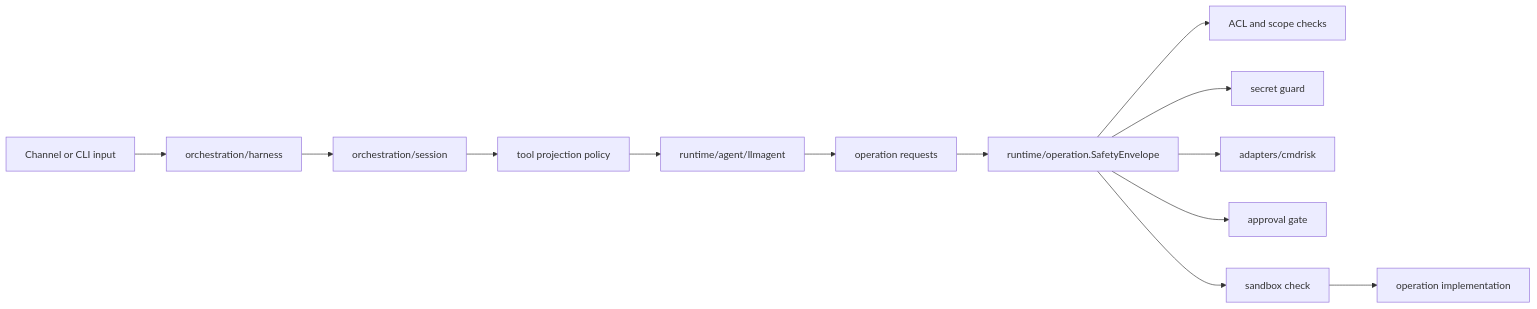
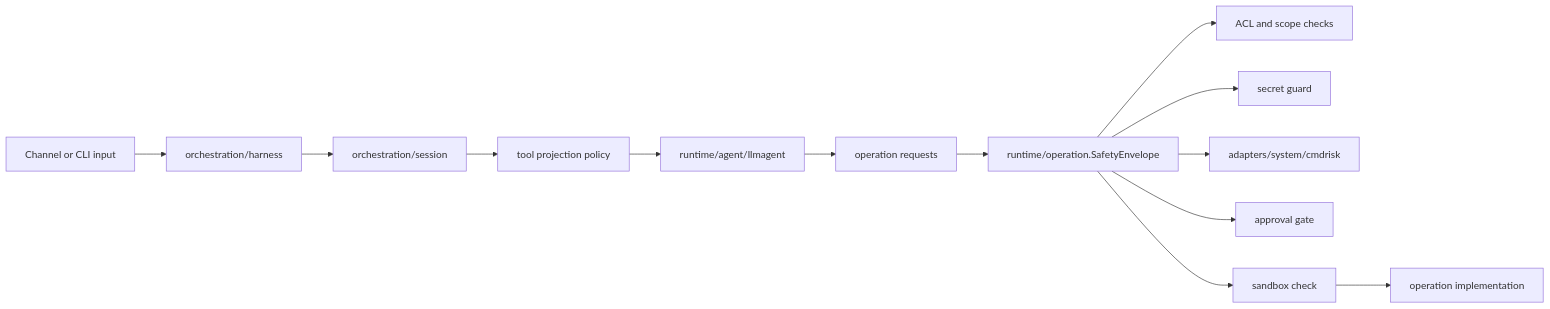
Before and after one commit to fluxplane/fluxplane-core: the first of 3 diagrams in docs/security.md, drawn with Mermaid. The commit also changed other lines of this file and 163 other files, not shown here.

````diff
--- a/docs/security.md
+++ b/docs/security.md
@@ -10,15 +10,15 @@
 ```mermaid
 flowchart LR
   Channel[Channel or CLI input] --> Harness[orchestration/harness]
   Harness --> Session[orchestration/session]
   Session --> Projection[tool projection policy]
   Projection --> Agent[runtime/agent/llmagent]
   Agent --> Request[operation requests]
   Request --> Envelope[runtime/operation.SafetyEnvelope]
   Envelope --> ACL[ACL and scope checks]
   Envelope --> Secrets[secret guard]
-  Envelope --> Risk[adapters/cmdrisk]
+  Envelope --> Risk[adapters/system/cmdrisk]
   Envelope --> Approval[approval gate]
   Envelope --> Sandbox[sandbox check]
   Sandbox --> Handler[operation implementation]
 ```
````
